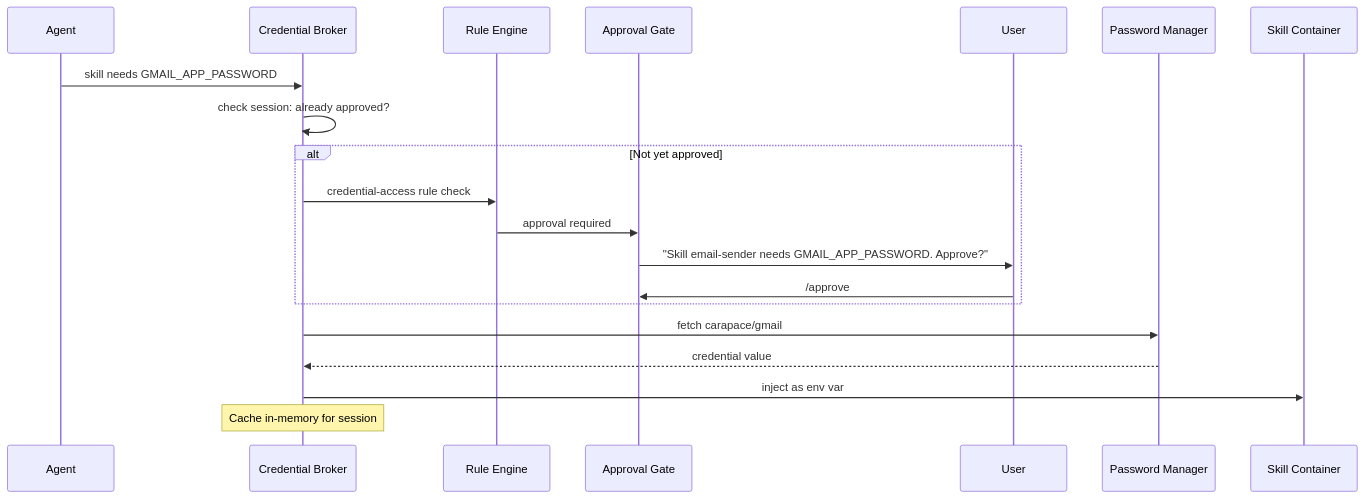
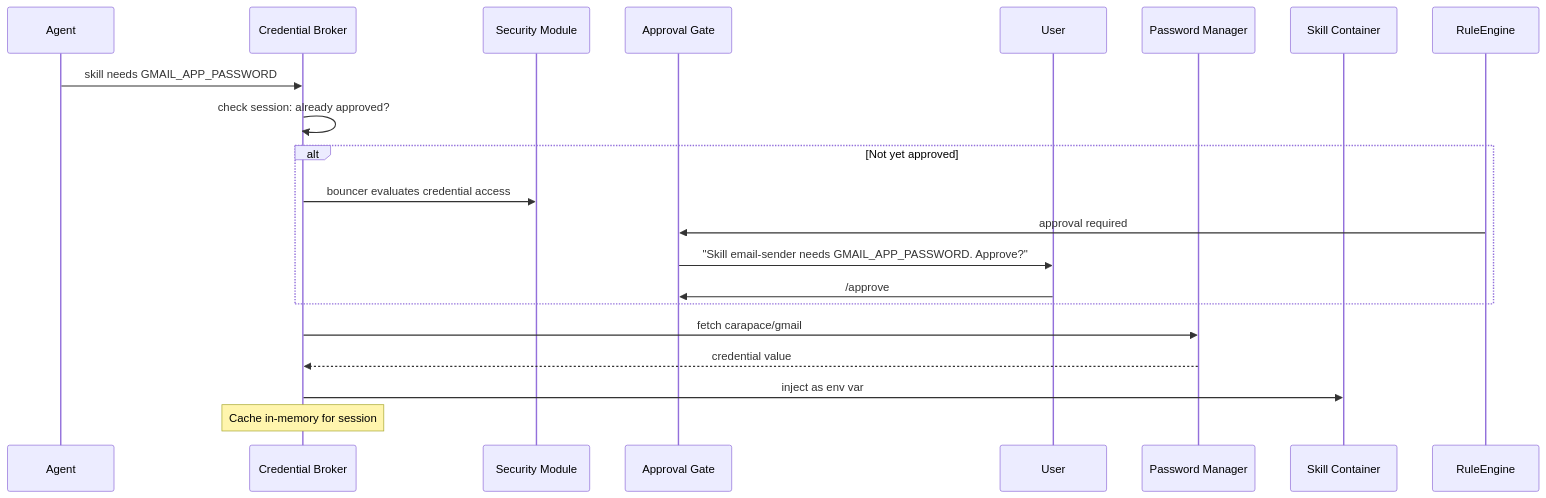
Before and after one commit to thiesgerken/carapace: the diagram in docs/credentials.md, drawn with Mermaid. The commit also changed other lines of this file and 36 other files, not shown here.

````diff
--- a/docs/credentials.md
+++ b/docs/credentials.md
@@ -35,25 +35,25 @@
 ```mermaid
 sequenceDiagram
     participant Agent
     participant CredBroker as Credential Broker
-    participant RuleEngine as Rule Engine
+    participant Security as Security Module
     participant Gate as Approval Gate
     participant User
     participant Vault as Password Manager
     participant Container as Skill Container
 
     Agent->>CredBroker: skill needs GMAIL_APP_PASSWORD
     CredBroker->>CredBroker: check session: already approved?
 
     alt Not yet approved
-        CredBroker->>RuleEngine: credential-access rule check
+        CredBroker->>Security: bouncer evaluates credential access
         RuleEngine->>Gate: approval required
         Gate->>User: "Skill email-sender needs GMAIL_APP_PASSWORD. Approve?"
         User->>Gate: /approve
     end
 
     CredBroker->>Vault: fetch carapace/gmail
     Vault-->>CredBroker: credential value
     CredBroker->>Container: inject as env var
     Note over CredBroker: Cache in-memory for session
 ```
````
